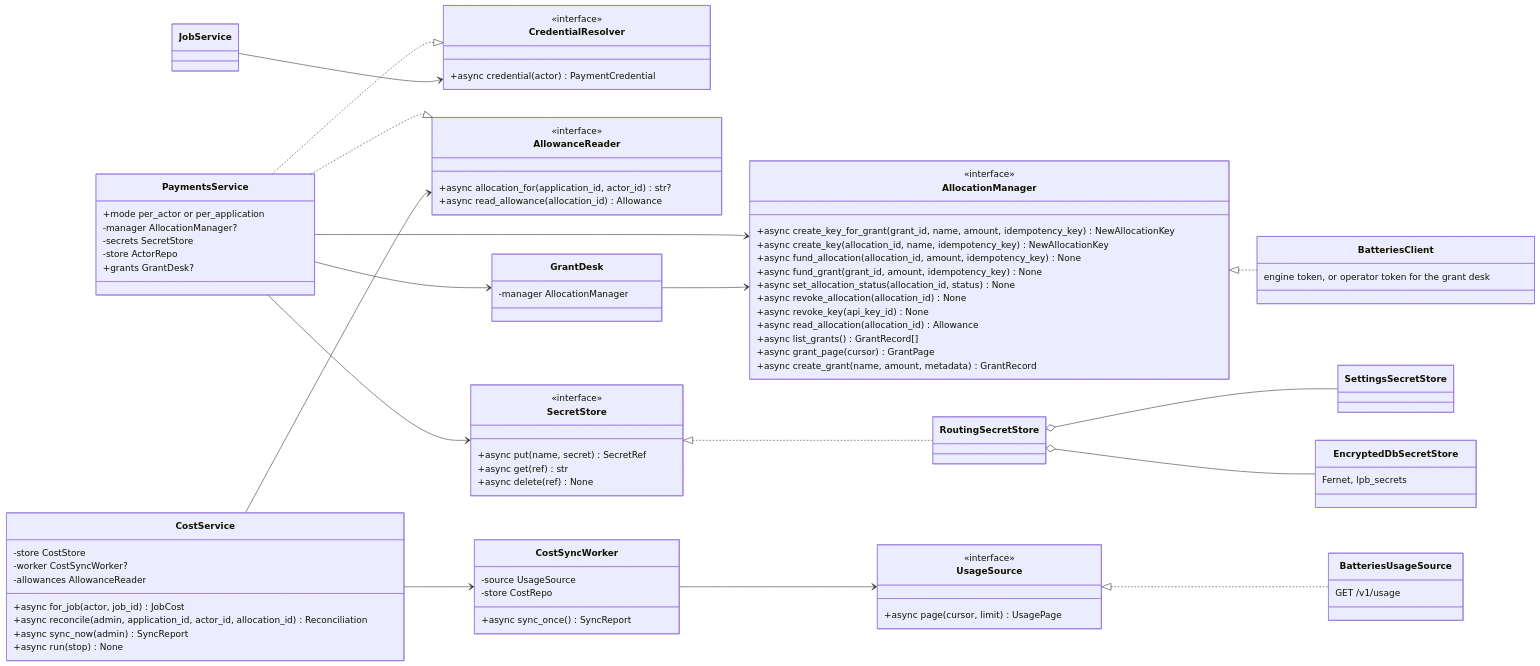
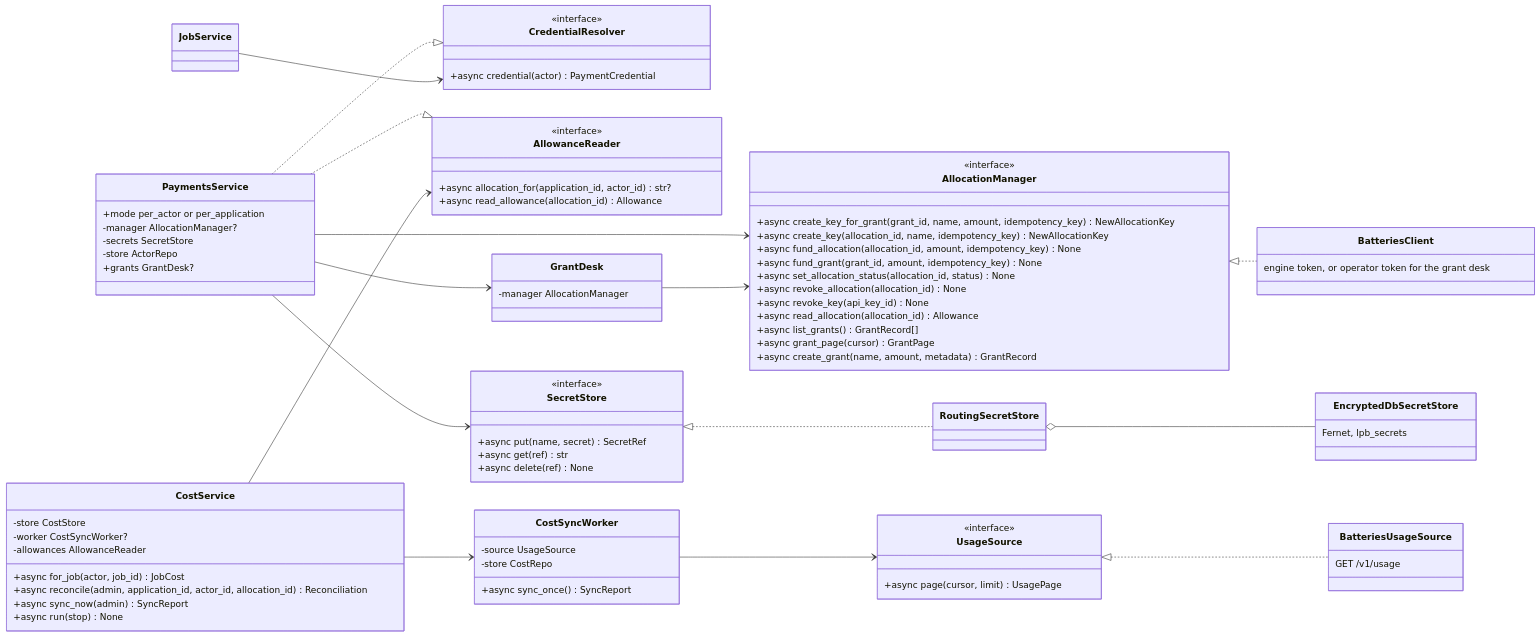
One commit to NE-Build-Track/livepeer-builder-core changed the fifth of 16 diagrams in docs/design-docs/interfaces-and-http-servers.md. Above: the diagram before and after it, drawn with Mermaid. The commit also changed 9 other files, not shown here.

First line of the commit message:
refactor(secrets): the settings secret store goes with the shared key (#162)

````diff
--- a/docs/design-docs/interfaces-and-http-servers.md
+++ b/docs/design-docs/interfaces-and-http-servers.md
@@ -402,7 +402,6 @@
         GET /v1/usage
     }
     class RoutingSecretStore
-    class SettingsSecretStore
     class EncryptedDbSecretStore {
         Fernet, lpb_secrets
     }
@@ -420,6 +419,5 @@
     AllocationManager <|.. BatteriesClient
     UsageSource <|.. BatteriesUsageSource
     SecretStore <|.. RoutingSecretStore
-    RoutingSecretStore o-- SettingsSecretStore
     RoutingSecretStore o-- EncryptedDbSecretStore
 ```
````
